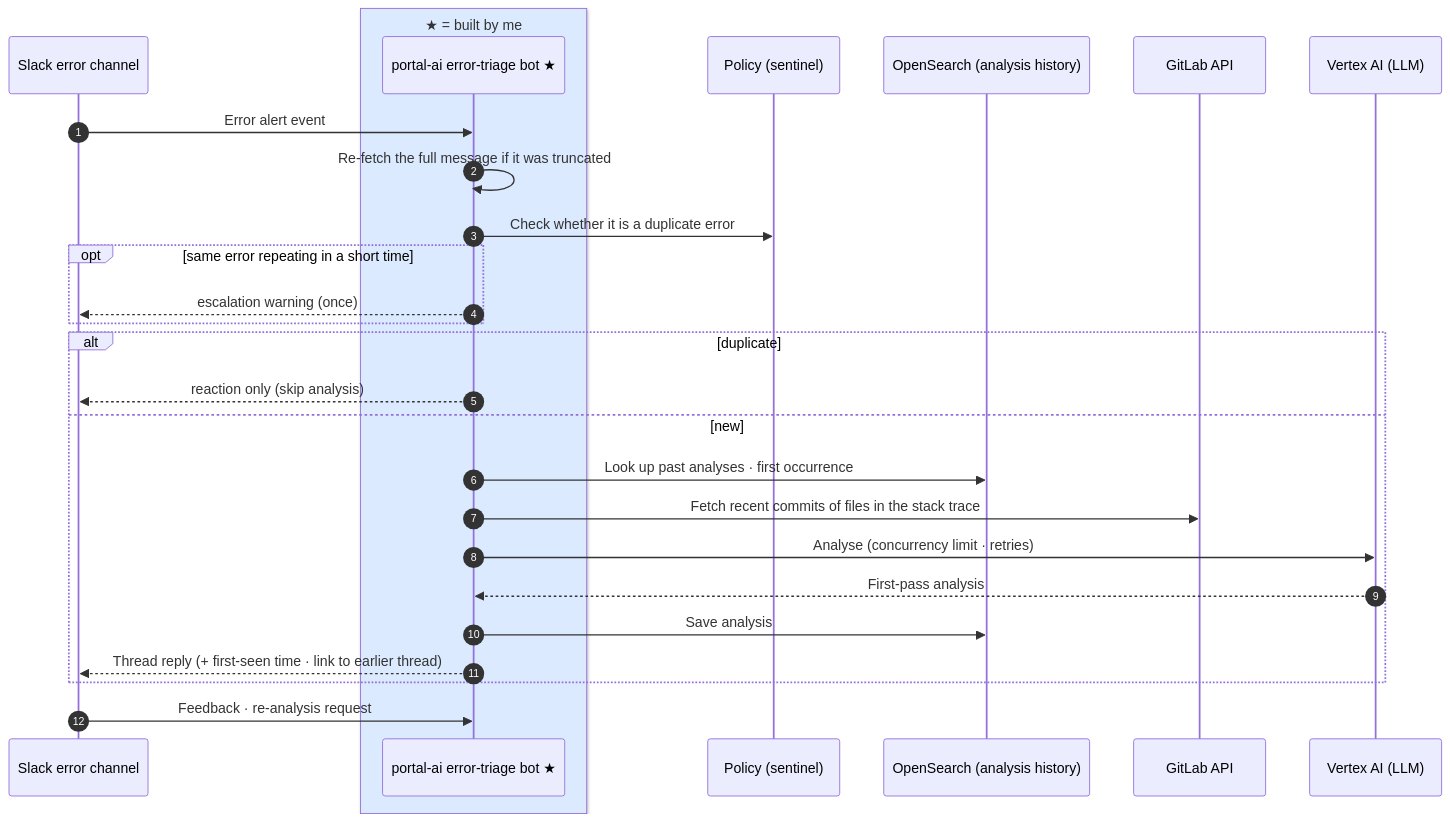
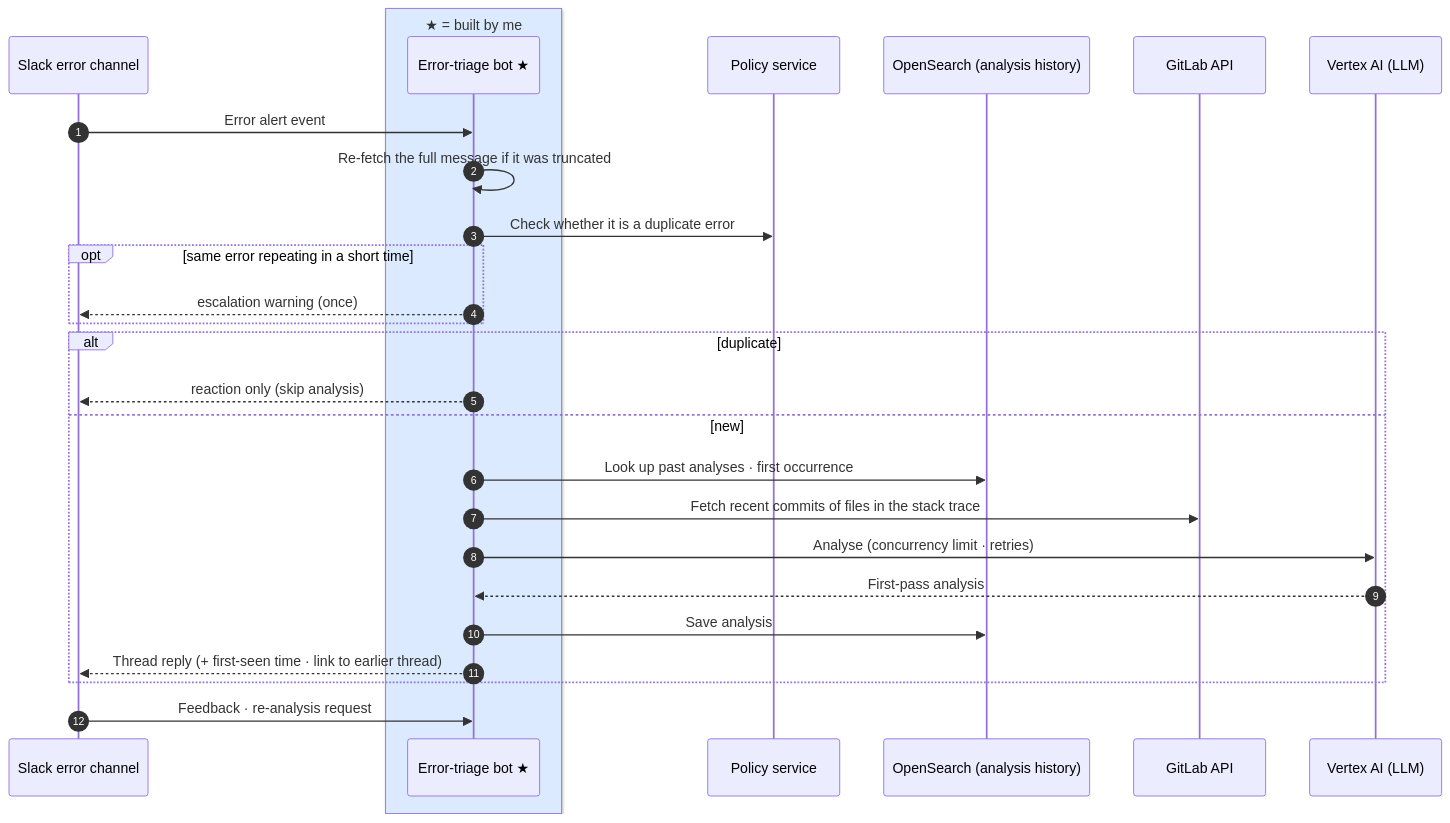
Before and after one commit to shalwxy/career: the diagram in content/diagrams/errorbot.en.mmd, drawn with Mermaid. The commit also changed 24 other files, not shown here.

```diff
--- a/content/diagrams/errorbot.en.mmd
+++ b/content/diagrams/errorbot.en.mmd
@@ -1,28 +1,28 @@
 %% title: Error-triage bot — first-pass analysis in Slack
 sequenceDiagram
     autonumber
     participant S as Slack error channel
     box rgb(219,234,254) ★ = built by me
-    participant B as portal-ai error-triage bot ★
+    participant B as Error-triage bot ★
     end
-    participant P as Policy (sentinel)
+    participant P as Policy service
     participant O as OpenSearch (analysis history)
     participant G as GitLab API
     participant L as Vertex AI (LLM)
     S->>B: Error alert event
     B->>B: Re-fetch the full message if it was truncated
     B->>P: Check whether it is a duplicate error
     opt same error repeating in a short time
         B-->>S: escalation warning (once)
     end
     alt duplicate
         B-->>S: reaction only (skip analysis)
     else new
         B->>O: Look up past analyses · first occurrence
         B->>G: Fetch recent commits of files in the stack trace
         B->>L: Analyse (concurrency limit · retries)
         L-->>B: First-pass analysis
         B->>O: Save analysis
         B-->>S: Thread reply (+ first-seen time · link to earlier thread)
     end
     S->>B: Feedback · re-analysis request
```
